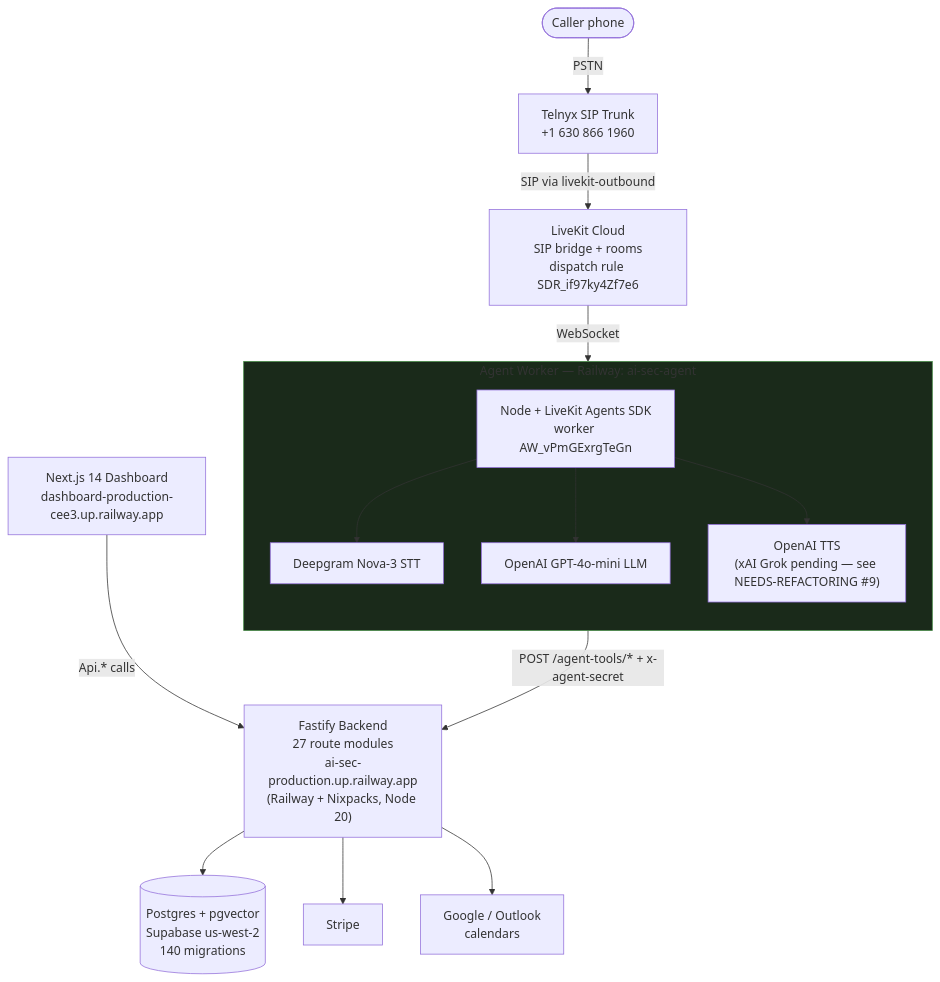
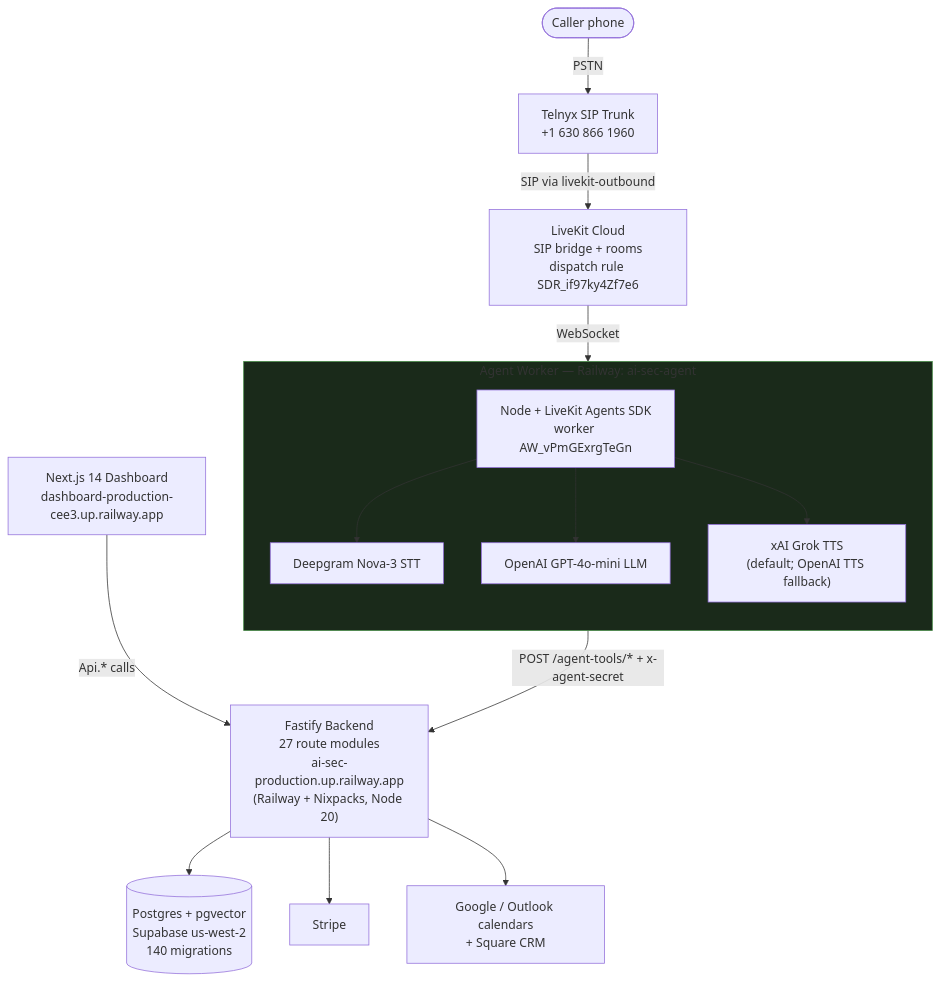
The first of 11 diagrams in docs/DIAGRAMS.md (ddemott/ai-sec), drawn with Mermaid before and after one commit. The commit also changed other lines of this file and 4 other files, not shown here.

First line of the commit message:
docs: address Copilot review on #52 (Square in diagrams/arch, drop dangling refs)

````diff
--- a/docs/DIAGRAMS.md
+++ b/docs/DIAGRAMS.md
@@ -27,37 +27,37 @@
 ```mermaid
 flowchart TB
   Caller([Caller phone])
   Telnyx["Telnyx SIP Trunk<br/>+1 630 866 1960"]
   Caller -->|PSTN| Telnyx
 
   LiveKit["LiveKit Cloud<br/>SIP bridge + rooms<br/>dispatch rule SDR_if97ky4Zf7e6"]
   Telnyx -->|SIP via livekit-outbound| LiveKit
 
   subgraph agentBox["Agent Worker — Railway: ai-sec-agent"]
     direction TB
     Agent["Node + LiveKit Agents SDK<br/>worker AW_vPmGExrgTeGn"]
     DG["Deepgram Nova-3 STT"]
     OAI["OpenAI GPT-4o-mini LLM"]
-    TTS["OpenAI TTS<br/>(xAI Grok pending — see NEEDS-REFACTORING #9)"]
+    TTS["xAI Grok TTS<br/>(default; OpenAI TTS fallback)"]
     Agent --> DG
     Agent --> OAI
     Agent --> TTS
   end
 
   LiveKit -->|WebSocket| Agent
 
   Fastify["Fastify Backend<br/>27 route modules<br/>ai-sec-production.up.railway.app<br/>(Railway + Nixpacks, Node 20)"]
   Agent -->|POST /agent-tools/* + x-agent-secret| Fastify
 
   Postgres[("Postgres + pgvector<br/>Supabase us-west-2<br/>140 migrations")]
   Stripe["Stripe"]
-  Integrations["Google / Outlook<br/>calendars"]
+  Integrations["Google / Outlook calendars<br/>+ Square CRM"]
   Dashboard["Next.js 14 Dashboard<br/>dashboard-production-cee3.up.railway.app"]
 
   Fastify --> Postgres
   Fastify --> Stripe
   Fastify --> Integrations
   Dashboard -->|Api.* calls| Fastify
 
   style agentBox fill:#1a2a1a,stroke:#484
 ```
````
